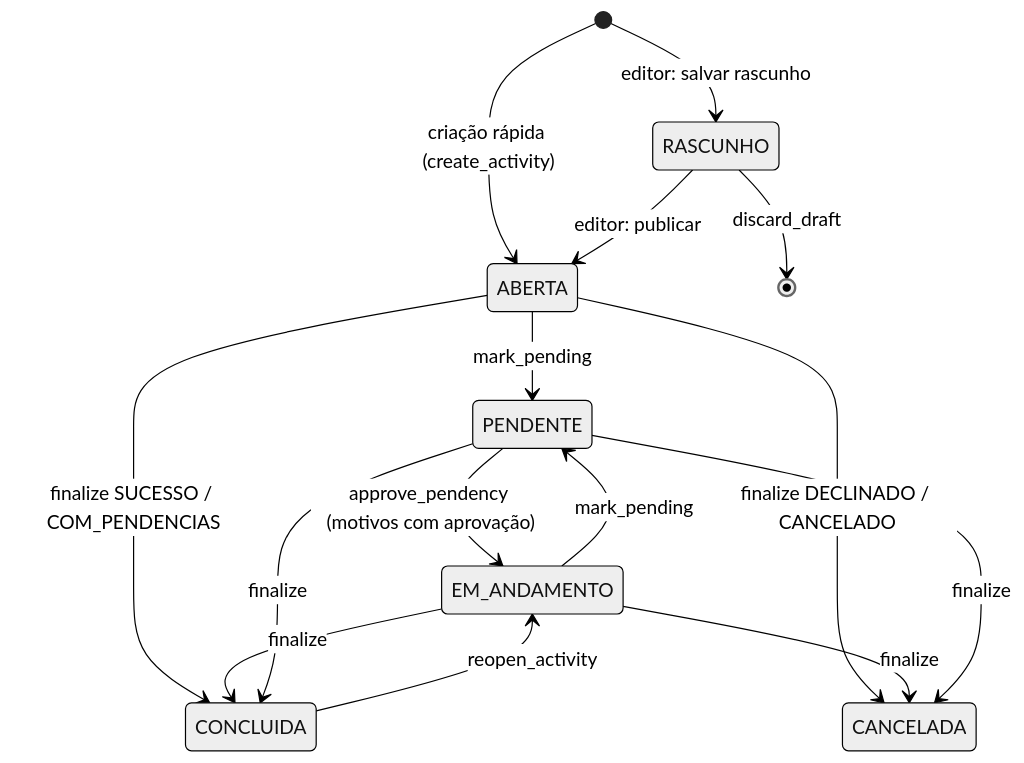
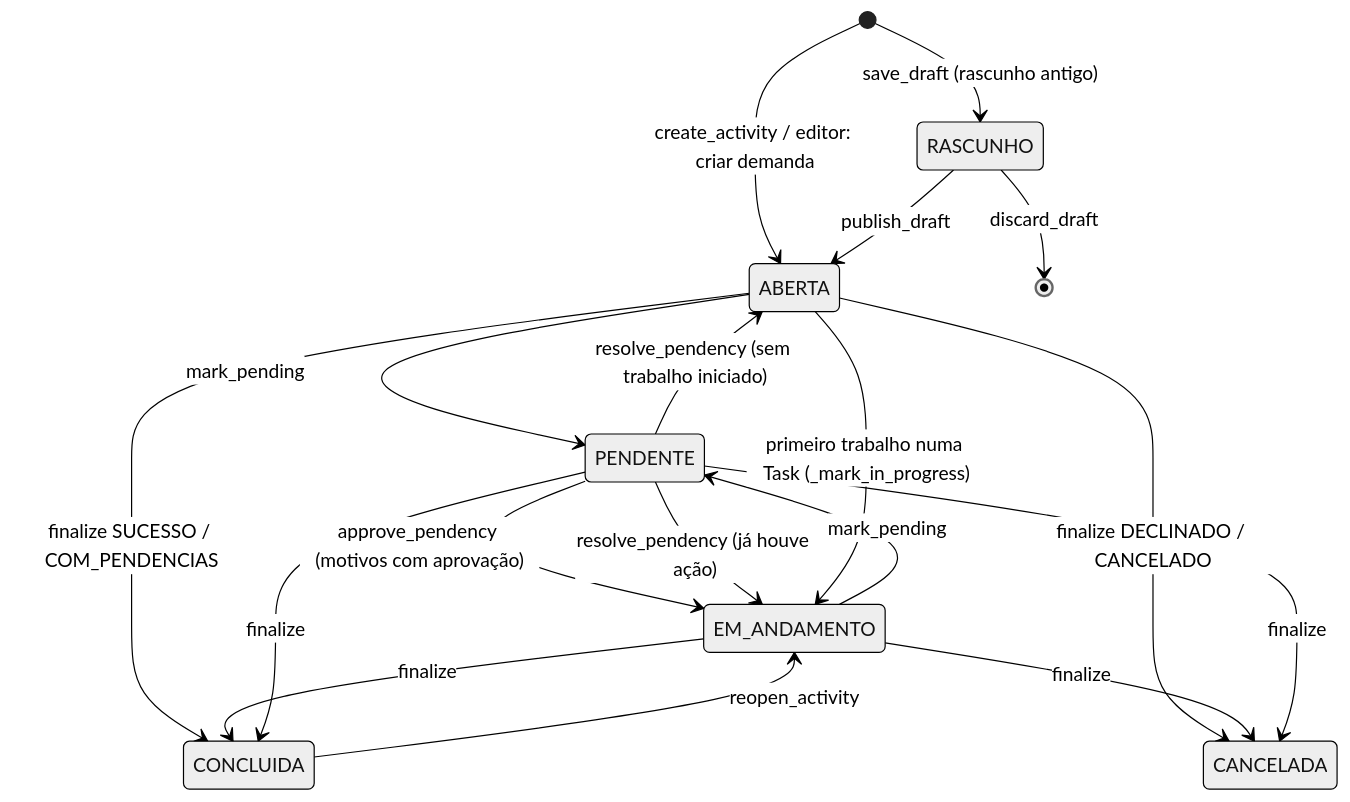
One commit to Lucasrafael703/workflow changed the first of 2 diagrams in docs/06_ATIVIDADES_E_TAREFAS.md. Above: the diagram before and after it, drawn with Mermaid (neutral theme). The commit also changed other lines of this file and 58 other files, not shown here.

````diff
--- a/docs/06_ATIVIDADES_E_TAREFAS.md
+++ b/docs/06_ATIVIDADES_E_TAREFAS.md
@@ -21,17 +62,20 @@
 ```mermaid
 stateDiagram-v2
-    [*] --> RASCUNHO: editor: salvar rascunho
-    [*] --> ABERTA: criação rápida (create_activity)
-    RASCUNHO --> ABERTA: editor: publicar
+    [*] --> RASCUNHO: save_draft (rascunho antigo)
+    [*] --> ABERTA: create_activity / editor: criar demanda
+    RASCUNHO --> ABERTA: publish_draft
     RASCUNHO --> [*]: discard_draft
     ABERTA --> PENDENTE: mark_pending
     EM_ANDAMENTO --> PENDENTE: mark_pending
     PENDENTE --> EM_ANDAMENTO: approve_pendency (motivos com aprovação)
+    PENDENTE --> ABERTA: resolve_pendency (sem trabalho iniciado)
+    PENDENTE --> EM_ANDAMENTO: resolve_pendency (já houve ação)
+    ABERTA --> EM_ANDAMENTO: primeiro trabalho numa Task (_mark_in_progress)
     ABERTA --> CONCLUIDA: finalize SUCESSO / COM_PENDENCIAS
     EM_ANDAMENTO --> CONCLUIDA: finalize
     PENDENTE --> CONCLUIDA: finalize
     ABERTA --> CANCELADA: finalize DECLINADO / CANCELADO
     EM_ANDAMENTO --> CANCELADA: finalize
     PENDENTE --> CANCELADA: finalize
     CONCLUIDA --> EM_ANDAMENTO: reopen_activity
 ```
````
